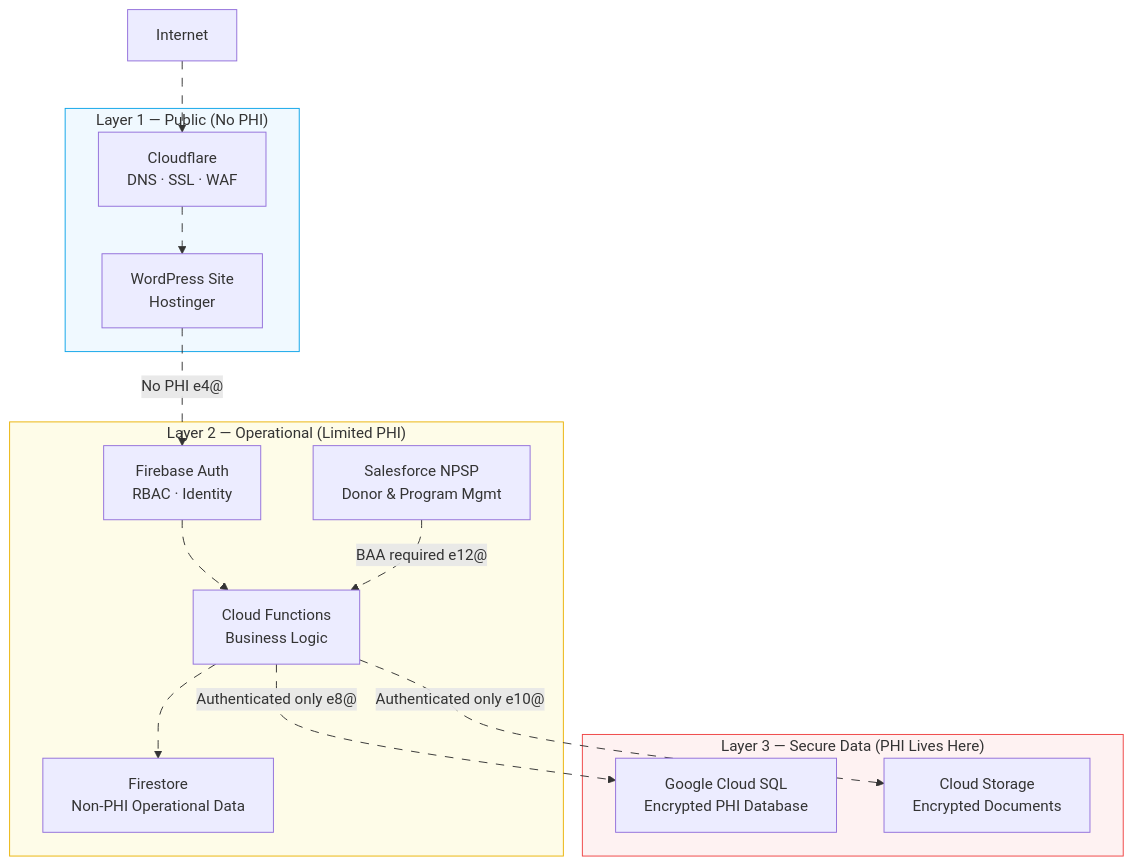
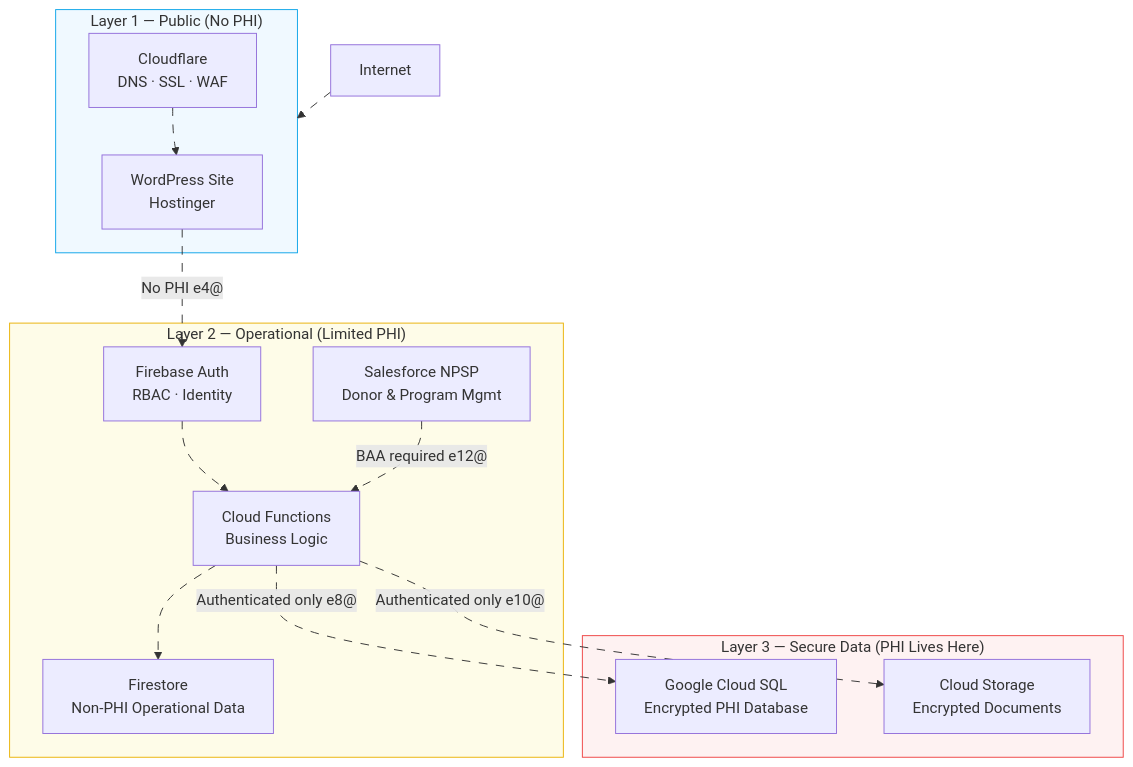
One commit to DCodeBase-X/hipaa-firebase-gcp changed the diagram in README.md. Above: the diagram before and after it, drawn with Mermaid.

Commit message:
Update network diagram in README.md

````diff
--- a/README.md
+++ b/README.md
@@ -24,46 +24,47 @@
 ```mermaid
 flowchart TD
     subgraph L1["Layer 1 — Public (No PHI)"]
         WP["WordPress Site\nHostinger"]
         CF["Cloudflare\nDNS · SSL · WAF"]
     end
 
     subgraph L2["Layer 2 — Operational (Limited PHI)"]
         FA["Firebase Auth\nRBAC · Identity"]
         FF["Cloud Functions\nBusiness Logic"]
         FS["Firestore\nNon-PHI Operational Data"]
         SF["Salesforce NPSP\nDonor & Program Mgmt"]
     end
 
     subgraph L3["Layer 3 — Secure Data (PHI Lives Here)"]
         SQL["Google Cloud SQL\nEncrypted PHI Database"]
         GCS["Cloud Storage\nEncrypted Documents"]
     end
 
-    Internet e1@--> CF e2@--> WP
+    Internet e1@--> L1
+    CF e2@--> WP
     WP e3@-- "No PHI" e4@--> FA
     FA e5@--> FF
     FF e6@--> FS
     FF e7@-- "Authenticated only" e8@--> SQL
     FF e9@-- "Authenticated only" e10@--> GCS
     SF e11@-- "BAA required" e12@--> FF
 
     classDef animate stroke-dasharray: 9,5,stroke-dashoffset: 900,animation: dash 25s linear infinite;
     class e1 animate
     class e2 animate
     class e3 animate
     class e4 animate
     class e5 animate
     class e6 animate
     class e7 animate
     class e8 animate
     class e9 animate
     class e10 animate
     class e11 animate
     class e12 animate
     
 
     style L1 fill:#f0f9ff,stroke:#0ea5e9
     style L2 fill:#fefce8,stroke:#eab308
     style L3 fill:#fef2f2,stroke:#ef4444
 ```
````
